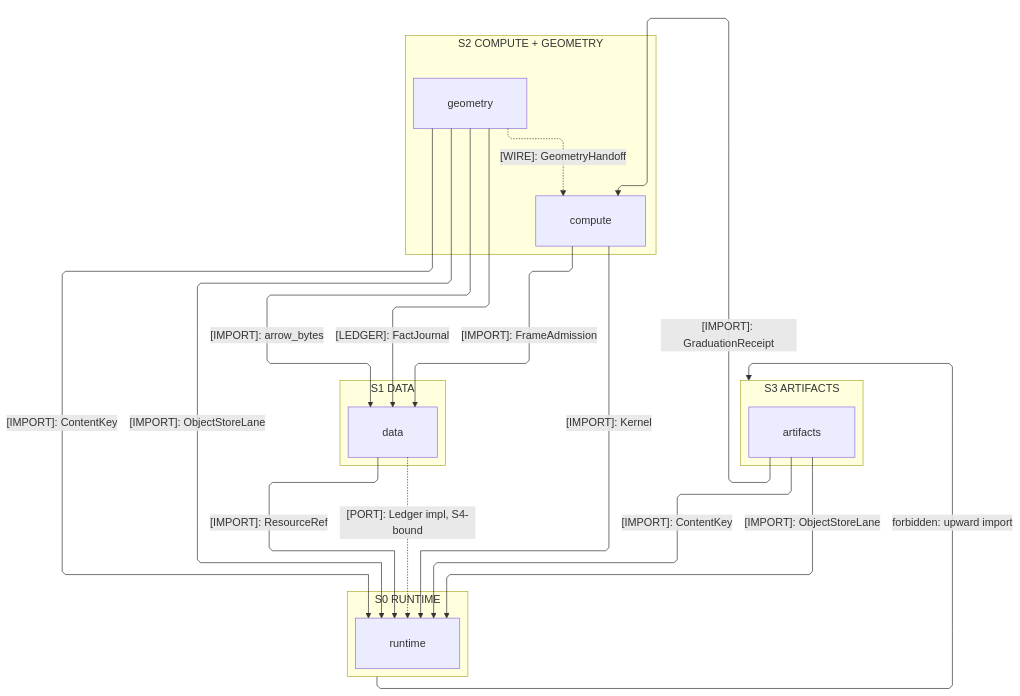
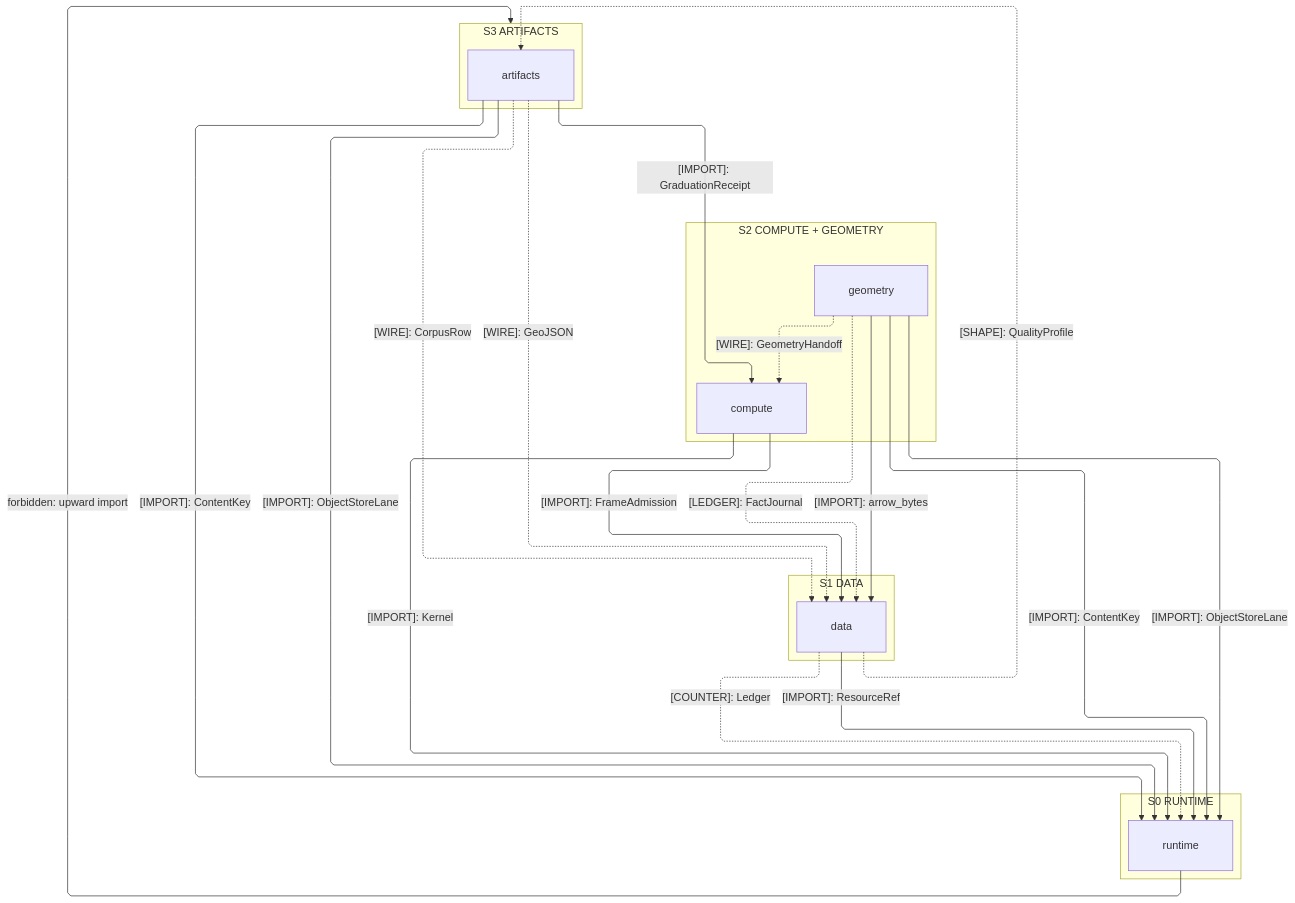
One commit to bsamiee/Rasm changed the first of 4 diagrams in libs/python/.planning/ARCHITECTURE.md. Above: the diagram before and after it, drawn with Mermaid. The commit also changed other lines of this file and 115 other files, not shown here.

````diff
--- a/libs/python/.planning/ARCHITECTURE.md
+++ b/libs/python/.planning/ARCHITECTURE.md
@@ -29,39 +31,42 @@
 ```mermaid
 ---
 config:
   layout: elk
   flowchart:
     curve: linear
     padding: 25
 ---
 flowchart TB
     accTitle: Python branch import strata
-    accDescr: Four import strata from artifacts down to the runtime foundation; solid labeled edges name one imported surface, and dashed edges carry the graduation wire beside the Ledger implementation data supplies and the S4 root binds into runtime.
+    accDescr: Import strata from artifacts down to the runtime foundation, wire-grain crossings dashed beside the root-bound Ledger counter-edge.
     subgraph S3["S3 ARTIFACTS"]
         Artifacts[artifacts]
     end
     subgraph S2["S2 COMPUTE + GEOMETRY"]
         Compute[compute]
         Geometry[geometry]
     end
     subgraph S1["S1 DATA"]
         Data[data]
     end
     subgraph S0["S0 RUNTIME"]
         Runtime[runtime]
     end
     Artifacts e1@-->|"[IMPORT]: GraduationReceipt"| Compute
-    Compute e2@-->|"[IMPORT]: FrameAdmission"| Data
-    Geometry e3@-->|"[IMPORT]: arrow_bytes"| Data
-    Geometry e4@-.->|"[WIRE]: GeometryHandoff"| Compute
-    Data e5@-->|"[IMPORT]: ResourceRef"| Runtime
-    Geometry e6@-->|"[IMPORT]: ContentKey"| Runtime
-    Compute e7@-->|"[IMPORT]: Kernel"| Runtime
-    Artifacts e8@-->|"[IMPORT]: ContentKey"| Runtime
-    Artifacts e11@-->|"[IMPORT]: ObjectStoreLane"| Runtime
-    Geometry e12@-->|"[IMPORT]: ObjectStoreLane"| Runtime
-    Geometry e13@-->|"[LEDGER]: FactJournal"| Data
-    Data e10@-.->|"[PORT]: Ledger impl, S4-bound"| Runtime
+    Artifacts e2@-->|"[IMPORT]: ContentKey"| Runtime
+    Artifacts e3@-->|"[IMPORT]: ObjectStoreLane"| Runtime
+    Artifacts e4@-.->|"[WIRE]: CorpusRow"| Data
+    Artifacts e5@-.->|"[WIRE]: GeoJSON"| Data
+    Data e6@-.->|"[SHAPE]: QualityProfile"| Artifacts
+    Compute e7@-->|"[IMPORT]: FrameAdmission"| Data
+    Compute e8@-->|"[IMPORT]: Kernel"| Runtime
+    Geometry e9@-->|"[IMPORT]: arrow_bytes"| Data
+    Geometry e10@-.->|"[WIRE]: GeometryHandoff"| Compute
+    Geometry e11@-.->|"[LEDGER]: FactJournal"| Data
+    Geometry e12@-->|"[IMPORT]: ContentKey"| Runtime
+    Geometry e13@-->|"[IMPORT]: ObjectStoreLane"| Runtime
+    Data e14@-->|"[IMPORT]: ResourceRef"| Runtime
+    Data e15@-.->|"[COUNTER]: Ledger"| Runtime
     Artifacts ~~~ Compute
-    S0 e9@-->|"forbidden: upward import"| S3
+    Runtime f1@-->|"forbidden: upward import"| S3
 ```
````
